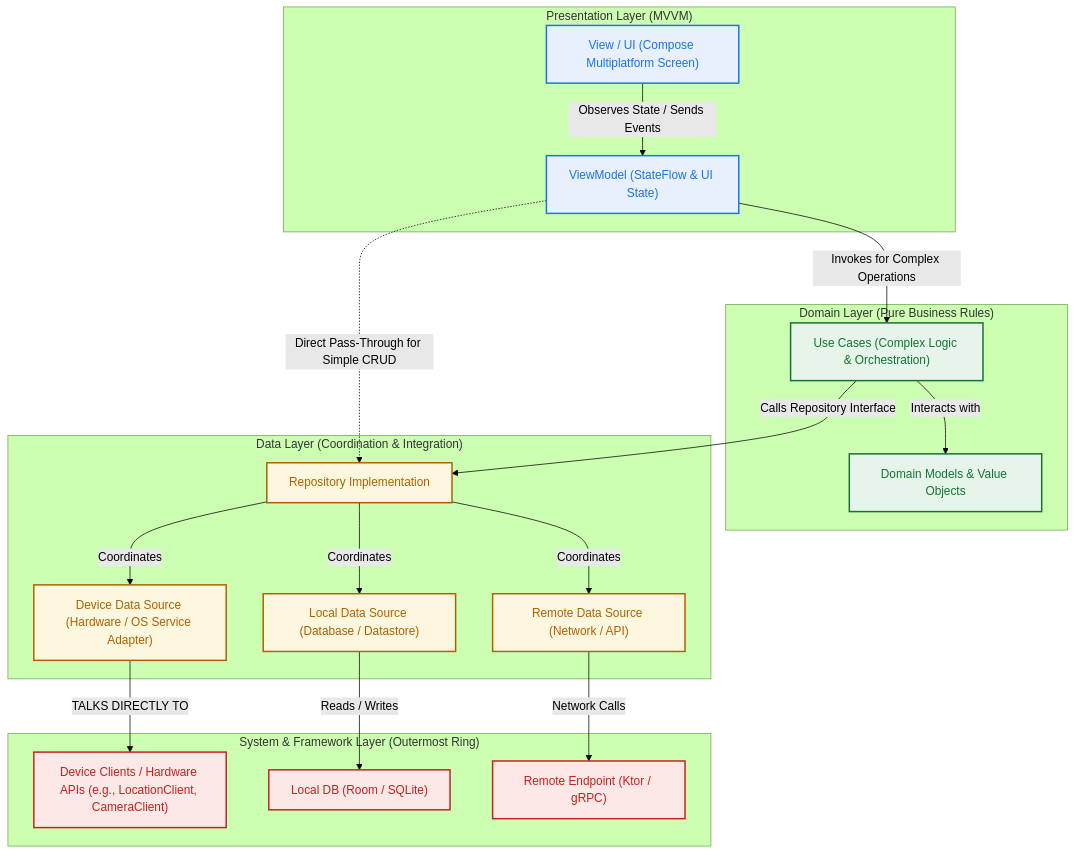
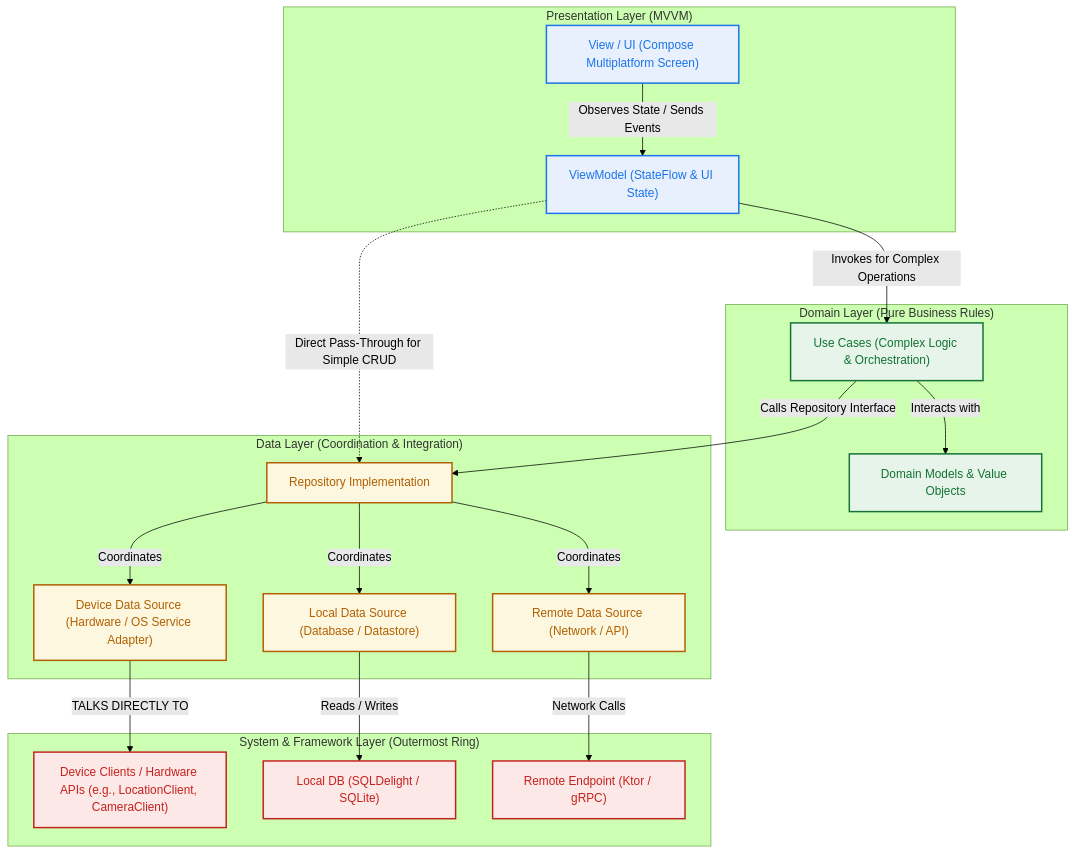
One commit to google/ground-platform changed the first of 7 diagrams in docs/technical/client/architecture.md. Above: the diagram before and after it, drawn with Mermaid (forest theme). The commit also changed other lines of this file and 2624 other files, not shown here.

````diff
--- a/docs/technical/client/architecture.md
+++ b/docs/technical/client/architecture.md
@@ -45,47 +45,47 @@
 ```mermaid
 flowchart TD
     subgraph Presentation["Presentation Layer (MVVM)"]
         UI["View / UI (Compose Multiplatform Screen)"]
         VM["ViewModel (StateFlow & UI State)"]
     end
 
     subgraph Domain["Domain Layer (Pure Business Rules)"]
         UC["Use Cases (Complex Logic & Orchestration)"]
         DM["Domain Models & Value Objects"]
     end
 
     subgraph Data["Data Layer (Coordination & Integration)"]
         REPO["Repository Implementation"]
         DS_LOCAL["Local Data Source (Database / Datastore)"]
         DS_REMOTE["Remote Data Source (Network / API)"]
         DS_DEV["Device Data Source (Hardware / OS Service Adapter)"]
     end
 
     subgraph Framework["System & Framework Layer (Outermost Ring)"]
         CLIENT["Device Clients / Hardware APIs (e.g., LocationClient, CameraClient)"]
-        DB["Local DB (Room / SQLite)"]
+        DB["Local DB (SQLDelight / SQLite)"]
         NET["Remote Endpoint (Ktor / gRPC)"]
     end
 
     UI -->|"Observes State / Sends Events"| VM
     VM -.->|"Direct Pass-Through for Simple CRUD"| REPO
     VM -->|"Invokes for Complex Operations"| UC
     UC -->|"Interacts with"| DM
     UC -->|"Calls Repository Interface"| REPO
     REPO -->|"Coordinates"| DS_LOCAL
     REPO -->|"Coordinates"| DS_REMOTE
     REPO -->|"Coordinates"| DS_DEV
     DS_LOCAL -->|"Reads / Writes"| DB
     DS_REMOTE -->|"Network Calls"| NET
     DS_DEV -->|"TALKS DIRECTLY TO"| CLIENT
 
     classDef ui fill:#E8F0FE,stroke:#1A73E8,stroke-width:2px,color:#1A73E8;
     classDef domain fill:#E6F4EA,stroke:#137333,stroke-width:2px,color:#137333;
     classDef data fill:#FEF7E0,stroke:#B06000,stroke-width:2px,color:#B06000;
     classDef framework fill:#FCE8E6,stroke:#C5221F,stroke-width:2px,color:#C5221F;
 
     class UI,VM ui;
     class UC,DM domain;
     class REPO,DS_LOCAL,DS_REMOTE,DS_DEV data;
     class CLIENT,DB,NET framework;
 ```
````
